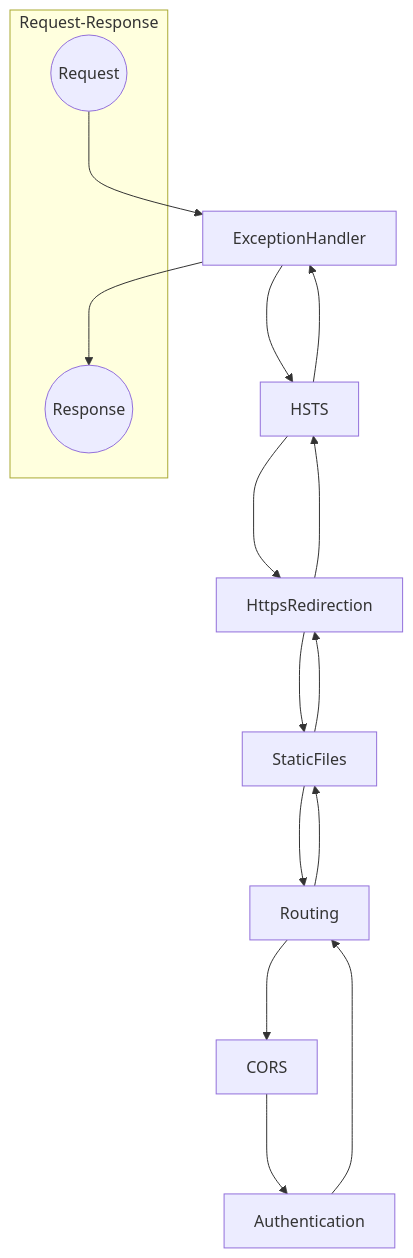
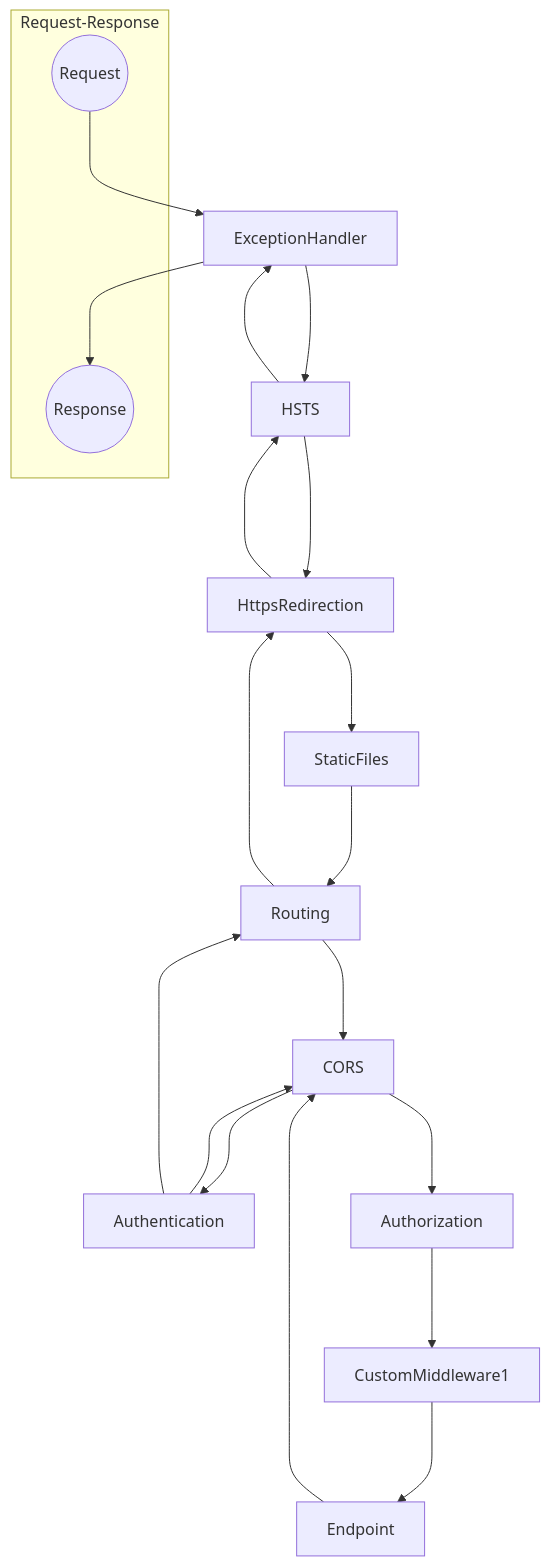
Before and after one commit to Rick-Anderson/MiddlewareMermaid: the diagram in MiddlewareMermaid/b.md, drawn with Mermaid.

````diff
--- a/MiddlewareMermaid/b.md
+++ b/MiddlewareMermaid/b.md
@@ -1,20 +1,25 @@
 ```mermaid
 graph TD;
     subgraph Request-Response
         Request((Request))
         Response((Response))
     end
     Request--->ExceptionHandler
     ExceptionHandler--->HSTS
     HSTS--->HttpsRedirection
     HttpsRedirection--->StaticFiles
     StaticFiles--->Routing
     Routing--->CORS
     CORS--->Authentication
+    Authentication--->CORS
+    CORS--->Authorization
+    Authorization--->CustomMiddleware1
+    CustomMiddleware1--->Endpoint
+    Endpoint--->CORS
     Authentication--->Routing
-    Routing--->StaticFiles
-    StaticFiles--->HttpsRedirection
+    Routing--->HttpsRedirection
     HttpsRedirection--->HSTS
     HSTS--->ExceptionHandler
     ExceptionHandler--->Response
+
 ```
````
